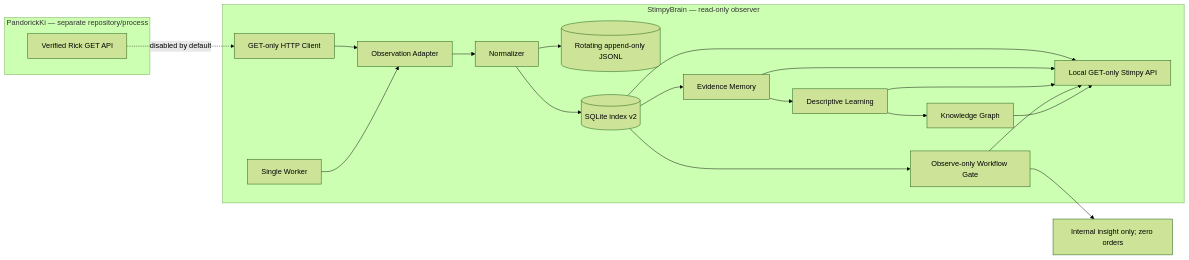
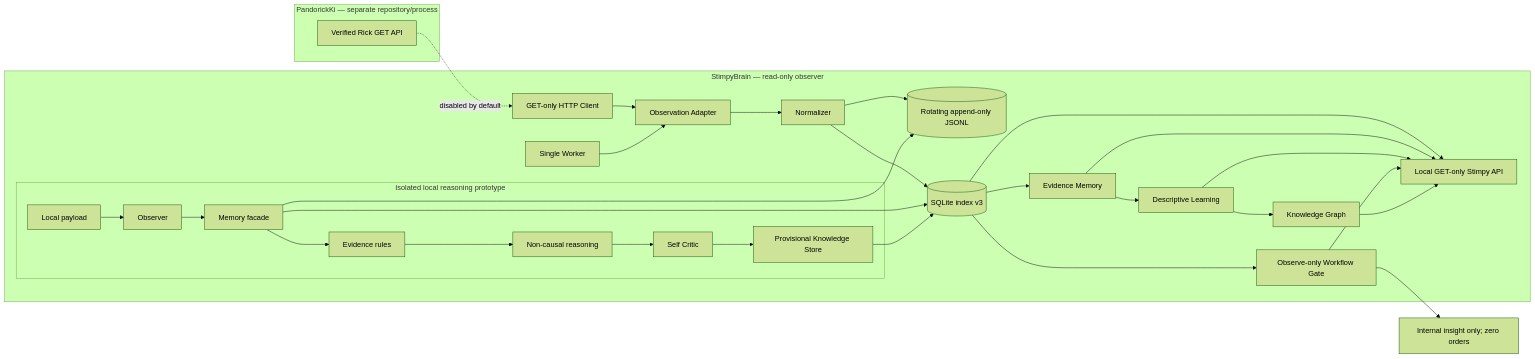
The diagram in docs/ARCHITECTURE.md (cRioshy/StimpyBrain), drawn with Mermaid (forest theme) before and after one commit. The commit also changed other lines of this file and 18 other files, not shown here.

Commit message:
Add Stimpy reasoning and self-critic prototype

````diff
--- a/docs/ARCHITECTURE.md
+++ b/docs/ARCHITECTURE.md
@@ -3,17 +3,24 @@
 ```mermaid
 flowchart LR
   subgraph P["PandorickKi — separate repository/process"]
     R["Verified Rick GET API"]
   end
   subgraph S["StimpyBrain — read-only observer"]
     C["GET-only HTTP Client"] --> A[Observation Adapter] --> N[Normalizer]
     N --> J[(Rotating append-only JSONL)]
-    N --> DB[(SQLite index v2)]
+    N --> DB[(SQLite index v3)]
     DB --> M[Evidence Memory] --> L[Descriptive Learning] --> G[Knowledge Graph]
     DB --> W["Observe-only Workflow Gate"]
     DB & M & L & W & G --> API["Local GET-only Stimpy API"]
     WK[Single Worker] --> A
+    subgraph RP["Isolated local reasoning prototype"]
+      PO["Local payload"] --> O[Observer] --> PM["Memory facade"]
+      PM --> E["Evidence rules"] --> RE["Non-causal reasoning"] --> SC["Self Critic"] --> KG["Provisional Knowledge Store"]
+    end
+    PM --> J
+    PM --> DB
+    KG --> DB
   end
   R -. "disabled by default" .-> C
   W --> I["Internal insight only; zero orders"]
 ```
````
